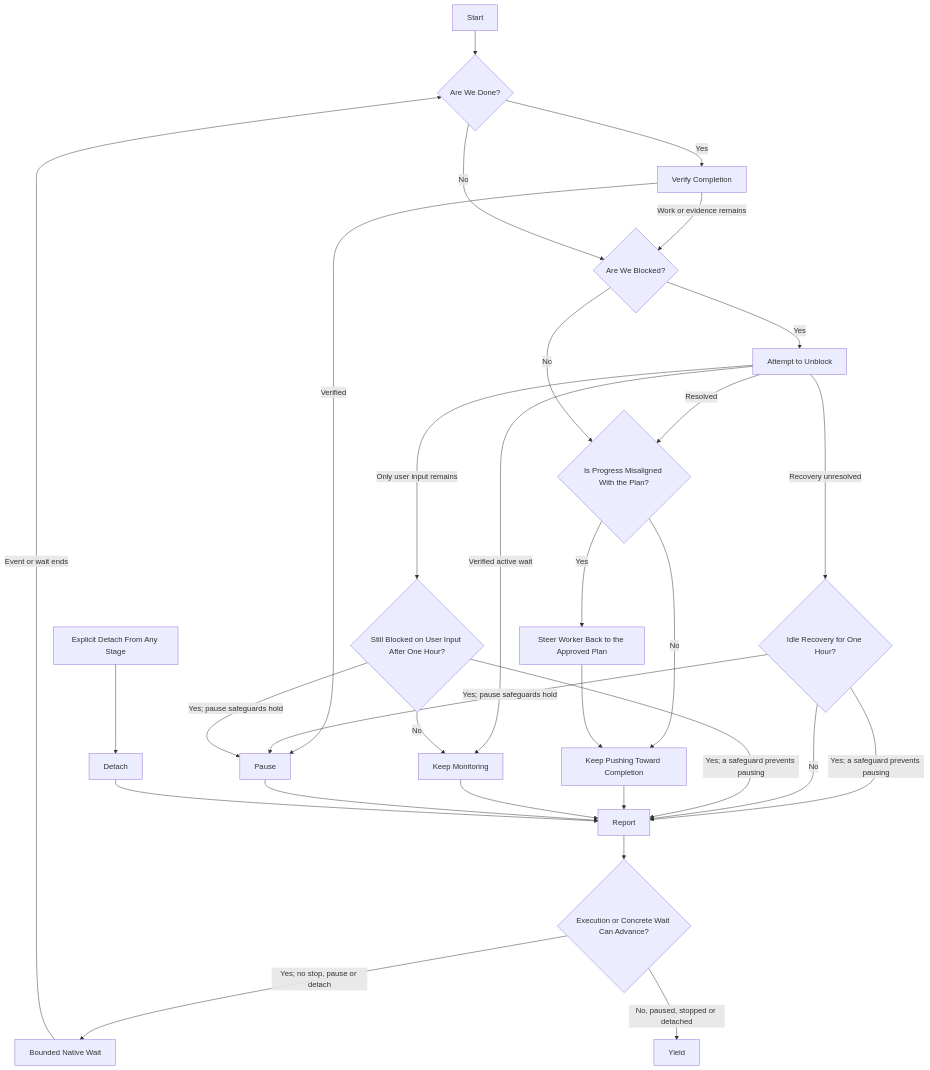
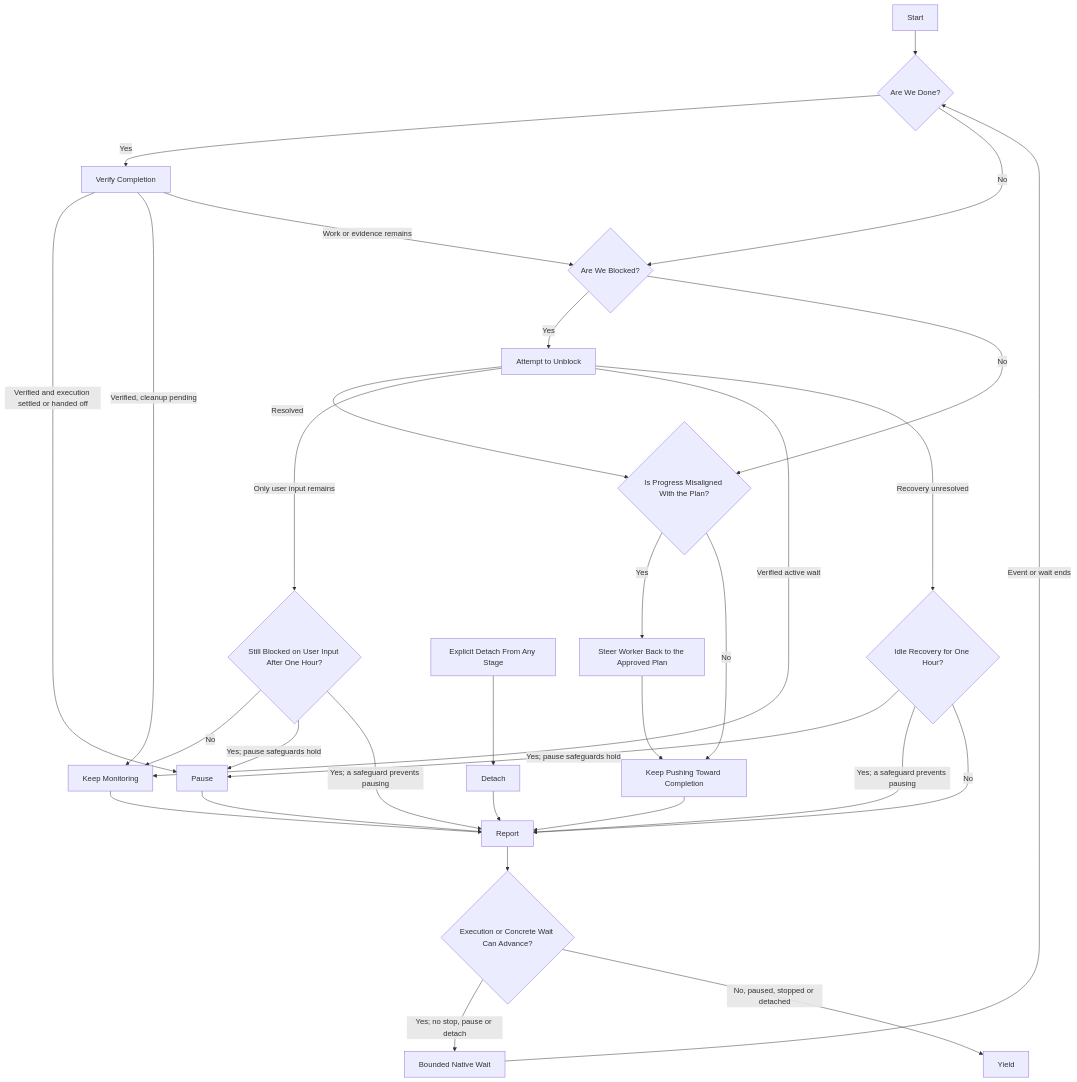
The diagram in .codex/skills/project-supervise/SKILL.md (schmingle/config), drawn with Mermaid before and after one commit. The commit also changed other lines of this file and 8 other files, not shown here.

````diff
--- a/.codex/skills/project-supervise/SKILL.md
+++ b/.codex/skills/project-supervise/SKILL.md
@@ -21,34 +21,35 @@
 ```mermaid
 flowchart TD
     A["Start"] --> B{"Are We Done?"}
     B -->|Yes| C["Verify Completion"]
-    C -->|Verified| P["Pause"]
+    C -->|Verified and execution settled or handed off| P["Pause"]
+    C -->|Verified, cleanup pending| I["Keep Monitoring"]
     C -->|Work or evidence remains| E{"Are We Blocked?"}
     B -->|No| E
 
     E -->|Yes| F["Attempt to Unblock"]
     F -->|Resolved| G{"Is Progress Misaligned With the Plan?"}
     F -->|Only user input remains| T{"Still Blocked on User Input After One Hour?"}
     F -->|Verified active wait| I["Keep Monitoring"]
     F -->|Recovery unresolved| N{"Idle Recovery for One Hour?"}
     N -->|Yes; pause safeguards hold| P
     N -->|Yes; a safeguard prevents pausing| R
     N -->|No| R["Report"]
     E -->|No| G
 
     T -->|No| I
     T -->|Yes; pause safeguards hold| P
     T -->|Yes; a safeguard prevents pausing| R
     G -->|Yes| J["Steer Worker Back to the Approved Plan"]
     G -->|No| K["Keep Pushing Toward Completion"]
     J --> K
     K --> R
     I --> R
     P --> R
     R --> V{"Execution or Concrete Wait Can Advance?"}
     V -->|Yes; no stop, pause or detach| W["Bounded Native Wait"]
     W -->|Event or wait ends| B
     V -->|No, paused, stopped or detached| Y["Yield"]
     D["Explicit Detach From Any Stage"] --> X["Detach"]
     X --> R
 ```
````
